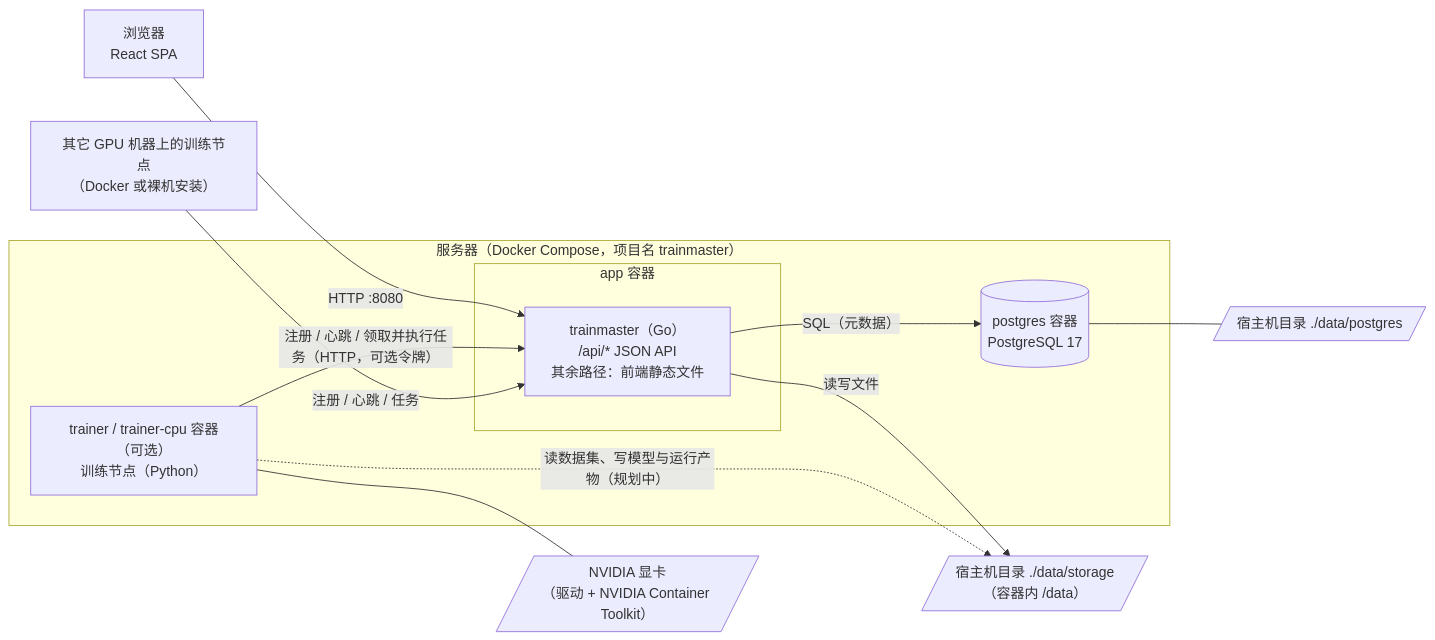
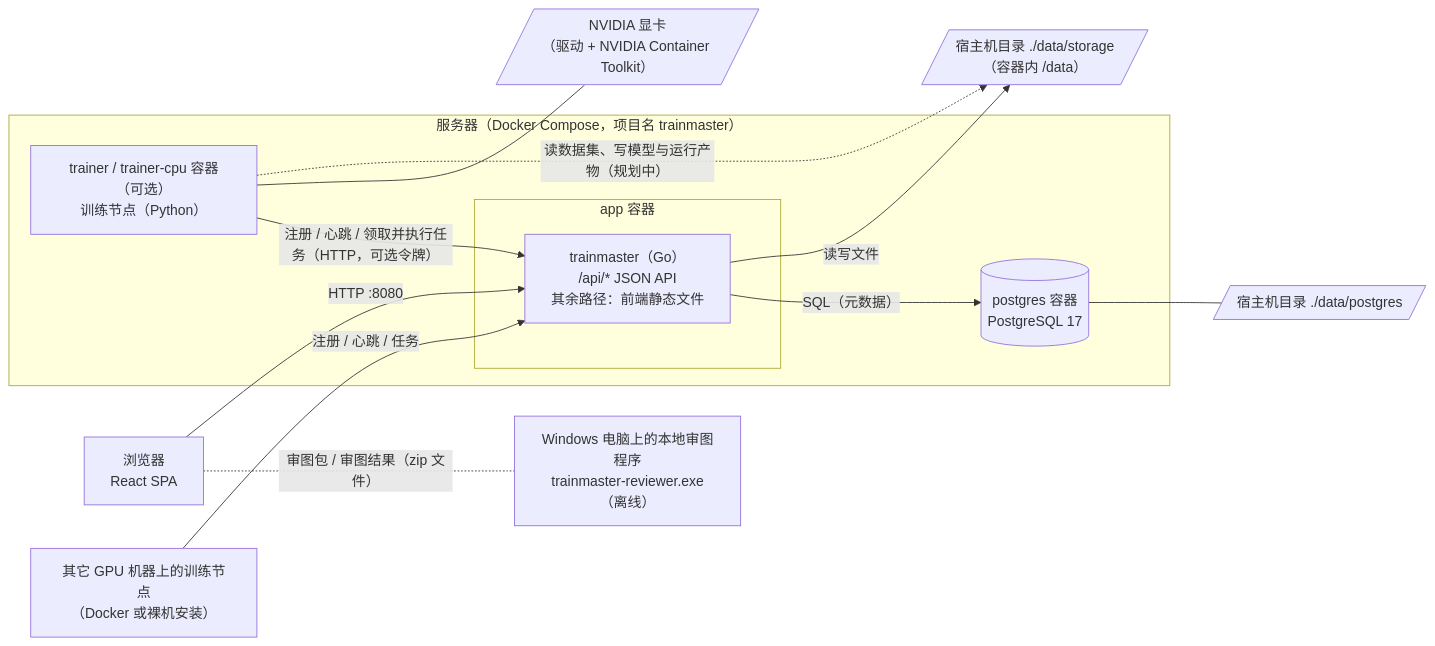
One commit to icaruszezen/trainMaster changed the diagram in docs/architecture.md. Above: the diagram before and after it, drawn with Mermaid. The commit also changed other lines of this file and 5 other files, not shown here.

````diff
--- a/docs/architecture.md
+++ b/docs/architecture.md
@@ -7,26 +7,28 @@
 ```mermaid
 flowchart LR
     browser["浏览器<br/>React SPA"]
 
     subgraph host["服务器（Docker Compose，项目名 trainmaster）"]
         subgraph app["app 容器"]
             server["trainmaster（Go）<br/>/api/* JSON API<br/>其余路径：前端静态文件"]
         end
         pg[("postgres 容器<br/>PostgreSQL 17")]
         trainer["trainer / trainer-cpu 容器（可选）<br/>训练节点（Python）"]
     end
 
     storage[/"宿主机目录 ./data/storage<br/>（容器内 /data）"/]
     pgdata[/"宿主机目录 ./data/postgres"/]
     gpu[/"NVIDIA 显卡<br/>（驱动 + NVIDIA Container Toolkit）"/]
     remote["其它 GPU 机器上的训练节点<br/>（Docker 或裸机安装）"]
+    reviewer["Windows 电脑上的本地审图程序<br/>trainmaster-reviewer.exe（离线）"]
 
     browser -- "HTTP :8080" --> server
     server -- "SQL（元数据）" --> pg
     server -- "读写文件" --> storage
     pg --- pgdata
     trainer -- "注册 / 心跳 / 领取并执行任务（HTTP，可选令牌）" --> server
     remote -- "注册 / 心跳 / 任务" --> server
     trainer --- gpu
     trainer -. "读数据集、写模型与运行产物（规划中）" .-> storage
+    browser -. "审图包 / 审图结果（zip 文件）" .- reviewer
 ```
````
